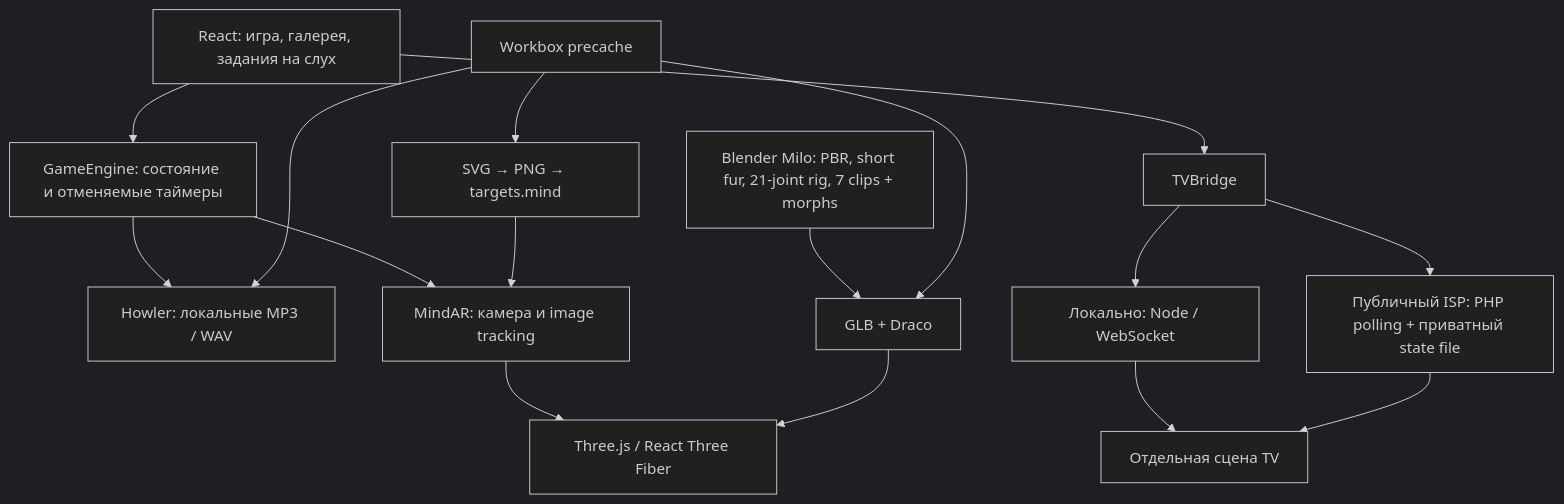
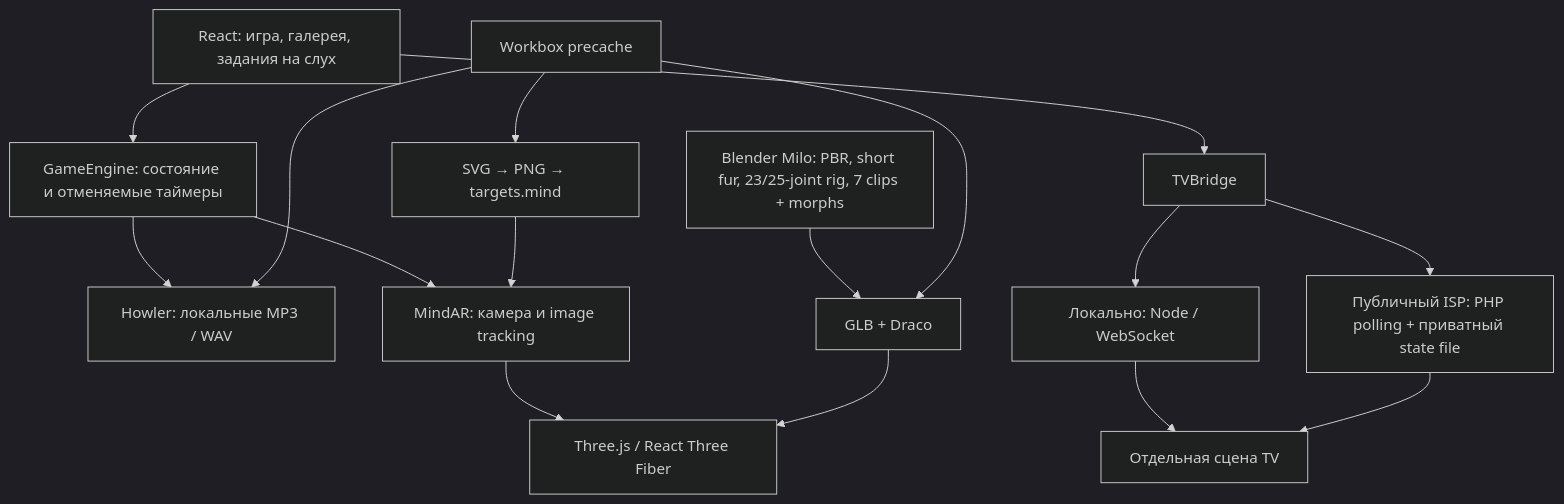
Before and after one commit to lvipa/magic-animals: the diagram in ARCHITECTURE.md, drawn with Mermaid (dark theme). The commit also changed other lines of this file and 40 other files, not shown here.

Commit message:
Polish Milo cast with ear and trunk motion, voice-driven mouths and compact morphs

````diff
--- a/ARCHITECTURE.md
+++ b/ARCHITECTURE.md
@@ -7,18 +7,18 @@
 ```mermaid
 flowchart TD
   UI[React: игра, галерея, задания на слух] --> Engine[GameEngine: состояние и отменяемые таймеры]
   Engine --> Audio[Howler: локальные MP3 / WAV]
   Engine --> AR[MindAR: камера и image tracking]
   AR --> Render[Three.js / React Three Fiber]
-  Asset[Blender Milo: PBR, short fur, 21-joint rig, 7 clips + morphs] --> GLB[GLB + Draco]
+  Asset[Blender Milo: PBR, short fur, 23/25-joint rig, 7 clips + morphs] --> GLB[GLB + Draco]
   GLB --> Render
   UI --> TV[TVBridge]
   TV --> WS[Локально: Node / WebSocket]
   TV --> PHP[Публичный ISP: PHP polling + приватный state file]
   WS --> Screen[Отдельная сцена TV]
   PHP --> Screen
   Cards[SVG → PNG → targets.mind] --> AR
   PWA[Workbox precache] --> Audio
   PWA --> GLB
   PWA --> Cards
 ```
````
